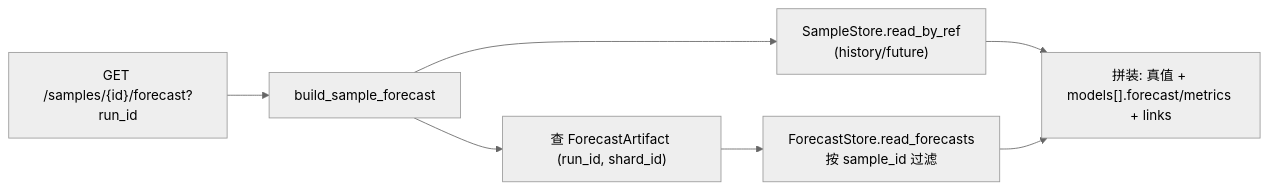
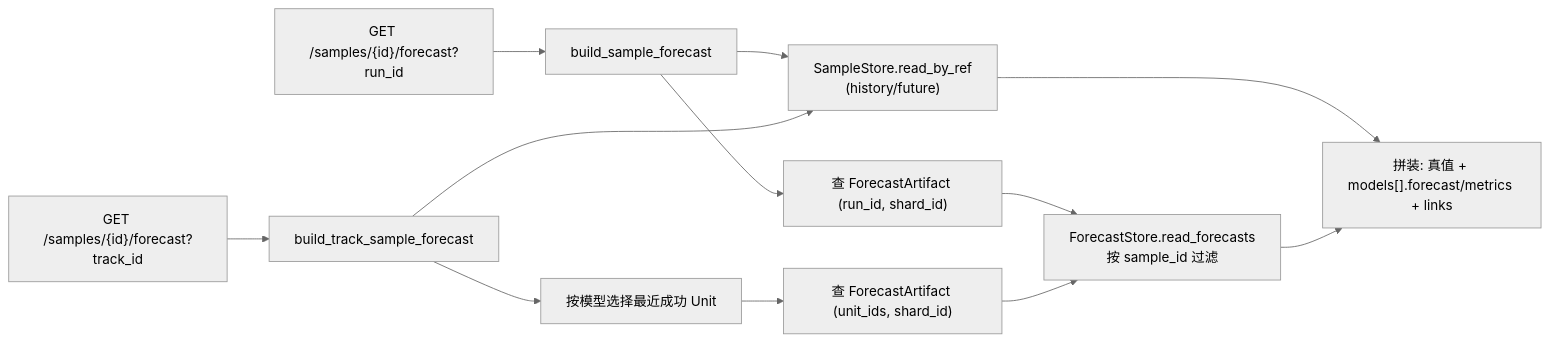
Before and after one commit to thulab/CaFE: the sixth of 7 diagrams in docs/developer/key-flows.md, drawn with Mermaid (neutral theme). The commit also changed other lines of this file and 2 other files, not shown here.

````diff
--- a/docs/developer/key-flows.md
+++ b/docs/developer/key-flows.md
@@ -358,9 +359,14 @@
 ```mermaid
 flowchart LR
     REQ["GET /samples/{id}/forecast?run_id"] --> BSF["build_sample_forecast"]
+    TREQ["GET /samples/{id}/forecast?track_id"] --> BTSF["build_track_sample_forecast"]
     BSF --> SAMP["SampleStore.read_by_ref<br/>(history/future)"]
     BSF --> ART["查 ForecastArtifact (run_id, shard_id)"]
+    BTSF --> SAMP
+    BTSF --> LATEST["按模型选择最近成功 Unit"]
+    LATEST --> ART2["查 ForecastArtifact (unit_ids, shard_id)"]
     ART --> FS["ForecastStore.read_forecasts<br/>按 sample_id 过滤"]
+    ART2 --> FS
     SAMP --> OUT["拼装: 真值 + models[].forecast/metrics + links"]
     FS --> OUT
 ```
````
